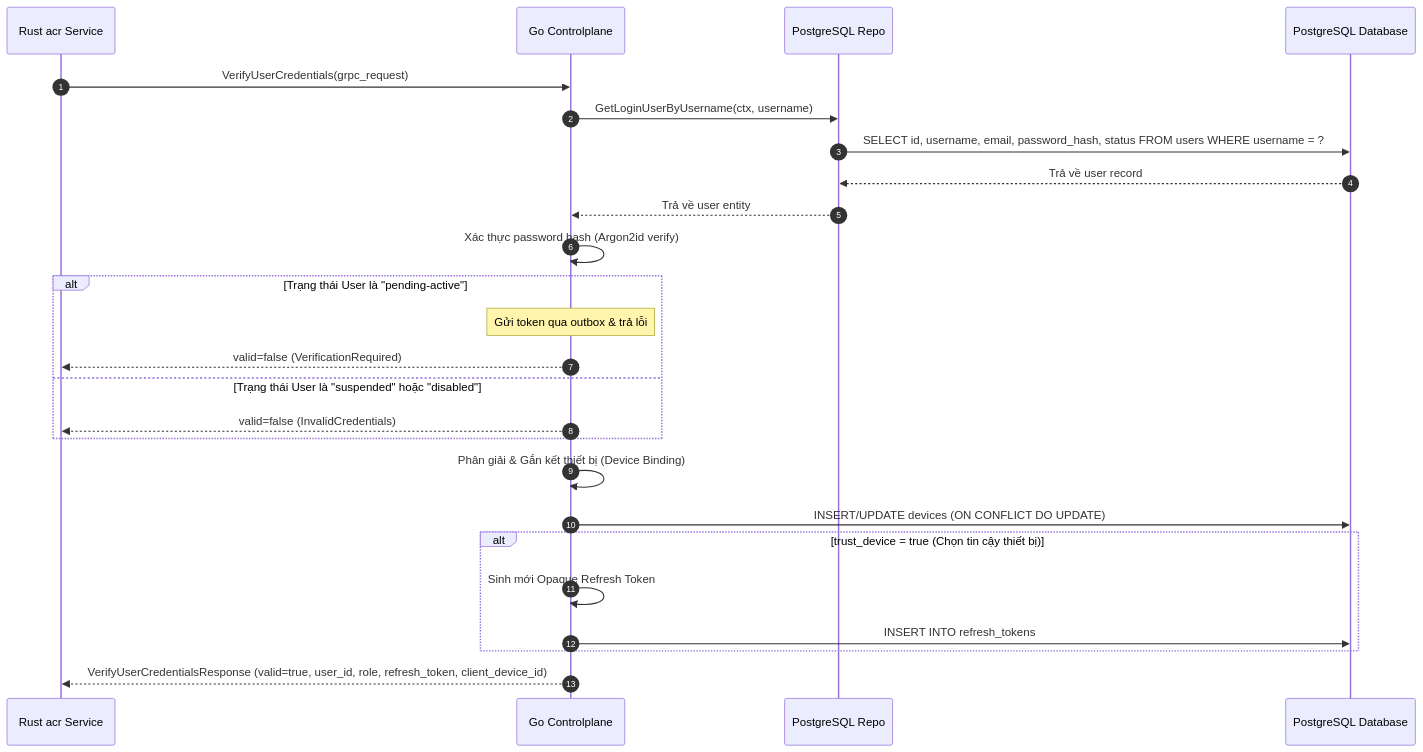
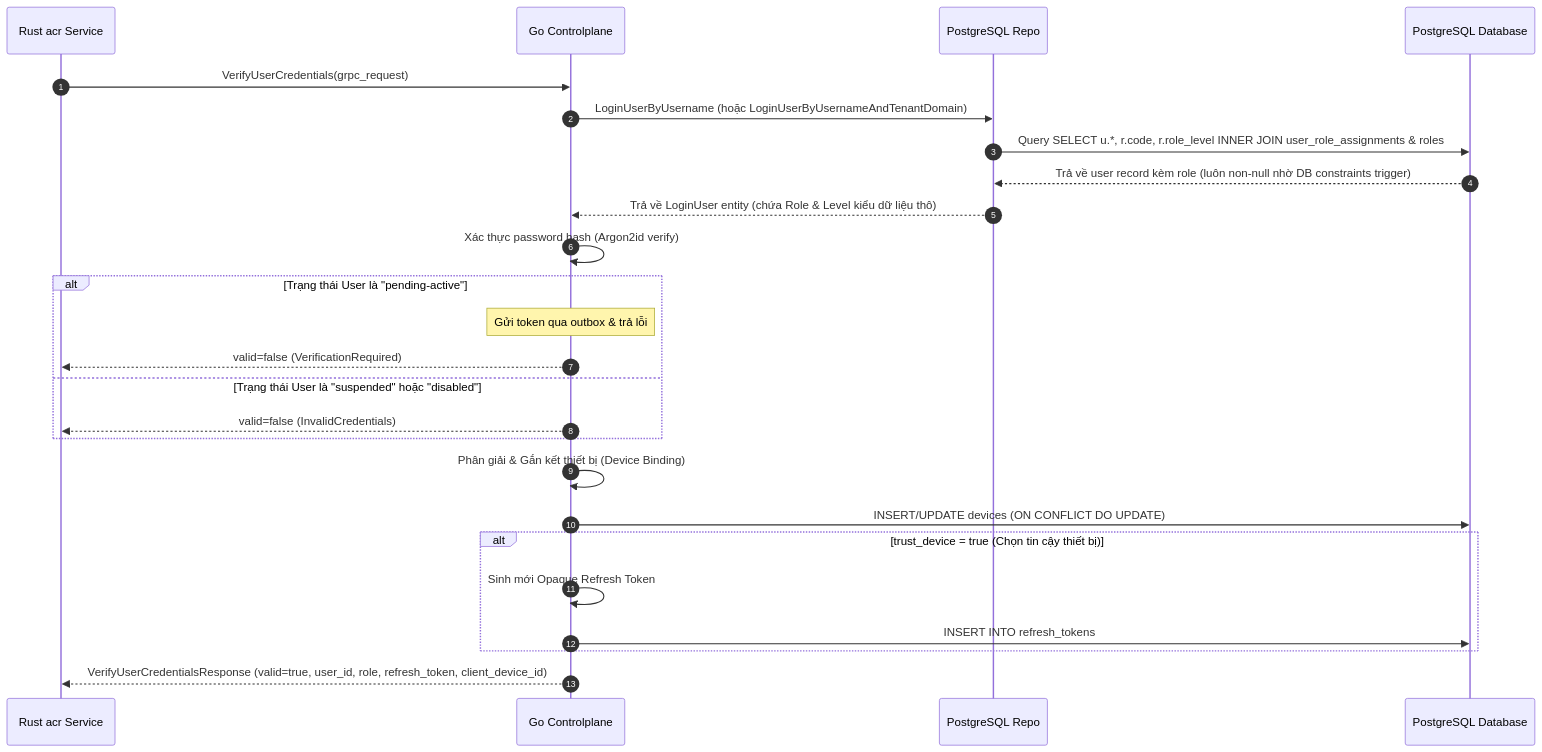
Before and after one commit to phucle996/aurora: the third of 6 diagrams in god_view/iam/user_login_god_view_workflow.md, drawn with Mermaid. The commit also changed other lines of this file and 58 other files, not shown here.

Commit message:
feat: implement tenant management system with Redis L2 caching and role constraints across control plane and acr services

````diff
--- a/god_view/iam/user_login_god_view_workflow.md
+++ b/god_view/iam/user_login_god_view_workflow.md
@@ -109,34 +112,34 @@
 ```mermaid
 sequenceDiagram
     autonumber
     participant acr as Rust acr Service
     participant CP as Go Controlplane
     participant Repo as PostgreSQL Repo
     participant DB as PostgreSQL Database
 
     acr->>CP: VerifyUserCredentials(grpc_request)
     
-    CP->>Repo: GetLoginUserByUsername(ctx, username)
-    Repo->>DB: SELECT id, username, email, password_hash, status FROM users WHERE username = ?
-    DB-->>Repo: Trả về user record
-    Repo-->>CP: Trả về user entity
+    CP->>Repo: LoginUserByUsername (hoặc LoginUserByUsernameAndTenantDomain)
+    Repo->>DB: Query SELECT u.*, r.code, r.role_level INNER JOIN user_role_assignments & roles
+    DB-->>Repo: Trả về user record kèm role (luôn non-null nhờ DB constraints trigger)
+    Repo-->>CP: Trả về LoginUser entity (chứa Role & Level kiểu dữ liệu thô)
     
     CP->>CP: Xác thực password hash (Argon2id verify)
     
     alt Trạng thái User là "pending-active"
         Note over CP: Gửi token qua outbox & trả lỗi
         CP-->>acr: valid=false (VerificationRequired)
     else Trạng thái User là "suspended" hoặc "disabled"
         CP-->>acr: valid=false (InvalidCredentials)
     end
     
     CP->>CP: Phân giải & Gắn kết thiết bị (Device Binding)
     CP->>DB: INSERT/UPDATE devices (ON CONFLICT DO UPDATE)
     
     alt trust_device = true (Chọn tin cậy thiết bị)
         CP->>CP: Sinh mới Opaque Refresh Token
         CP->>DB: INSERT INTO refresh_tokens
     end
 
     CP-->>acr: VerifyUserCredentialsResponse (valid=true, user_id, role, refresh_token, client_device_id)
 ```
````
